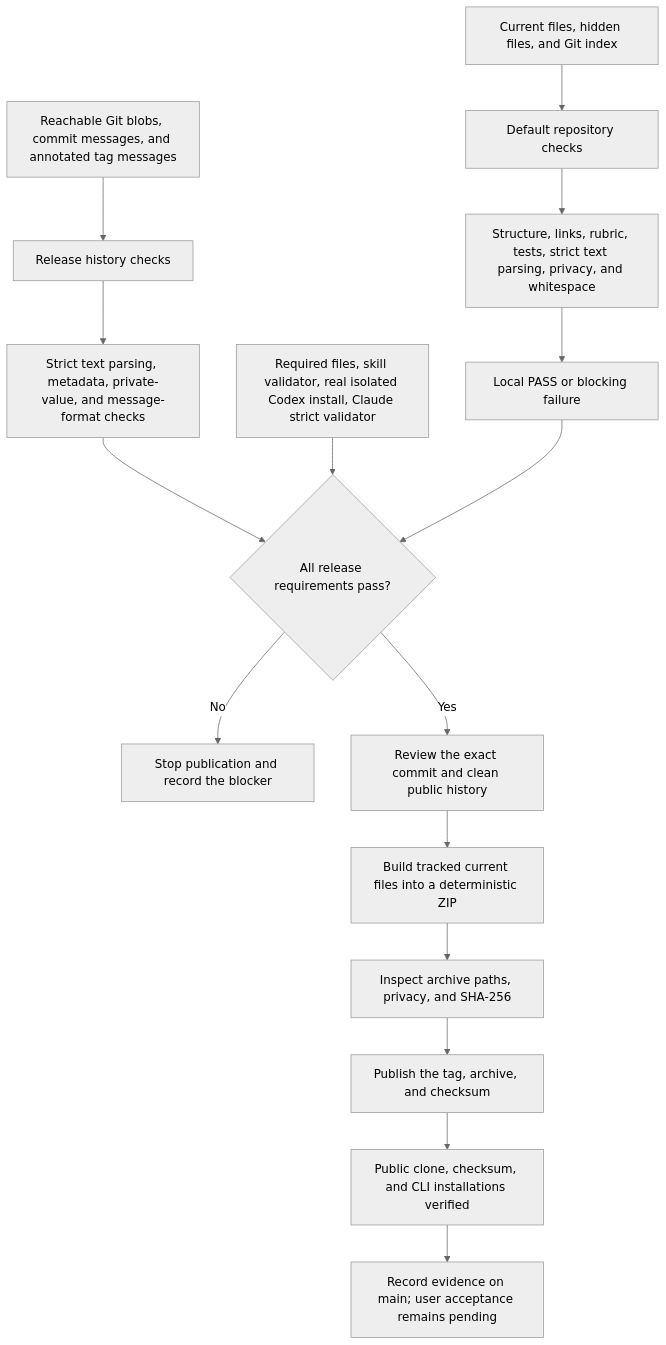
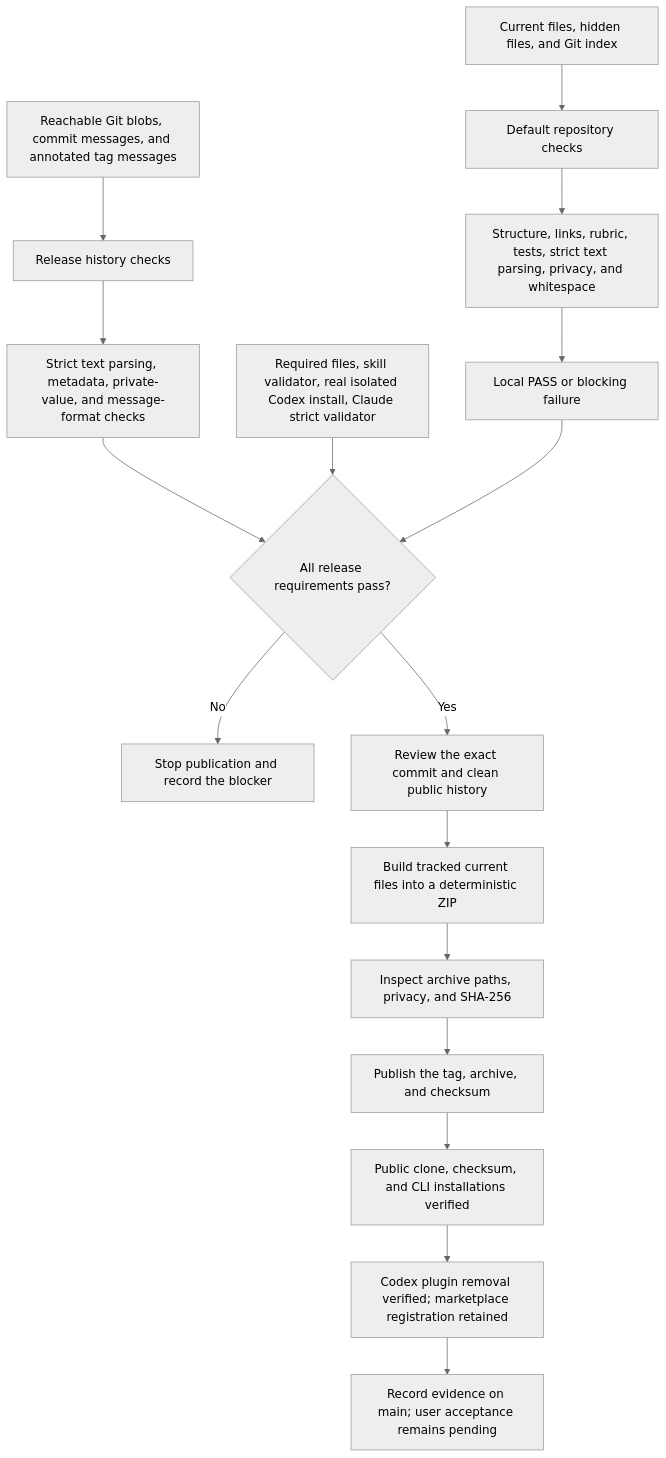
The third of 4 diagrams in HOW_IT_WORKS.md (joevilcai666/writing-doc-skill), drawn with Mermaid (neutral theme) before and after one commit. The commit also changed other lines of this file and 5 other files, not shown here.

Commit message:
docs: document verified Codex plugin removal

````diff
--- a/HOW_IT_WORKS.md
+++ b/HOW_IT_WORKS.md
@@ -148,18 +148,19 @@
 ```mermaid
 flowchart TD
     A["Current files, hidden files, and Git index"] --> B["Default repository checks"]
     C["Reachable Git blobs, commit messages, and annotated tag messages"] --> D["Release history checks"]
     B --> E["Structure, links, rubric, tests, strict text parsing, privacy, and whitespace"]
     D --> F["Strict text parsing, metadata, private-value, and message-format checks"]
     E --> G["Local PASS or blocking failure"]
     F --> H{"All release requirements pass?"}
     I["Required files, skill validator, real isolated Codex install, Claude strict validator"] --> H
     G --> H
     H -->|"No"| J["Stop publication and record the blocker"]
     H -->|"Yes"| K["Review the exact commit and clean public history"]
     K --> O["Build tracked current files into a deterministic ZIP"]
     O --> P["Inspect archive paths, privacy, and SHA-256"]
     P --> L["Publish the tag, archive, and checksum"]
     L --> M["Public clone, checksum, and CLI installations verified"]
-    M --> N["Record evidence on main; user acceptance remains pending"]
+    M --> R["Codex plugin removal verified; marketplace registration retained"]
+    R --> N["Record evidence on main; user acceptance remains pending"]
 ```
````
